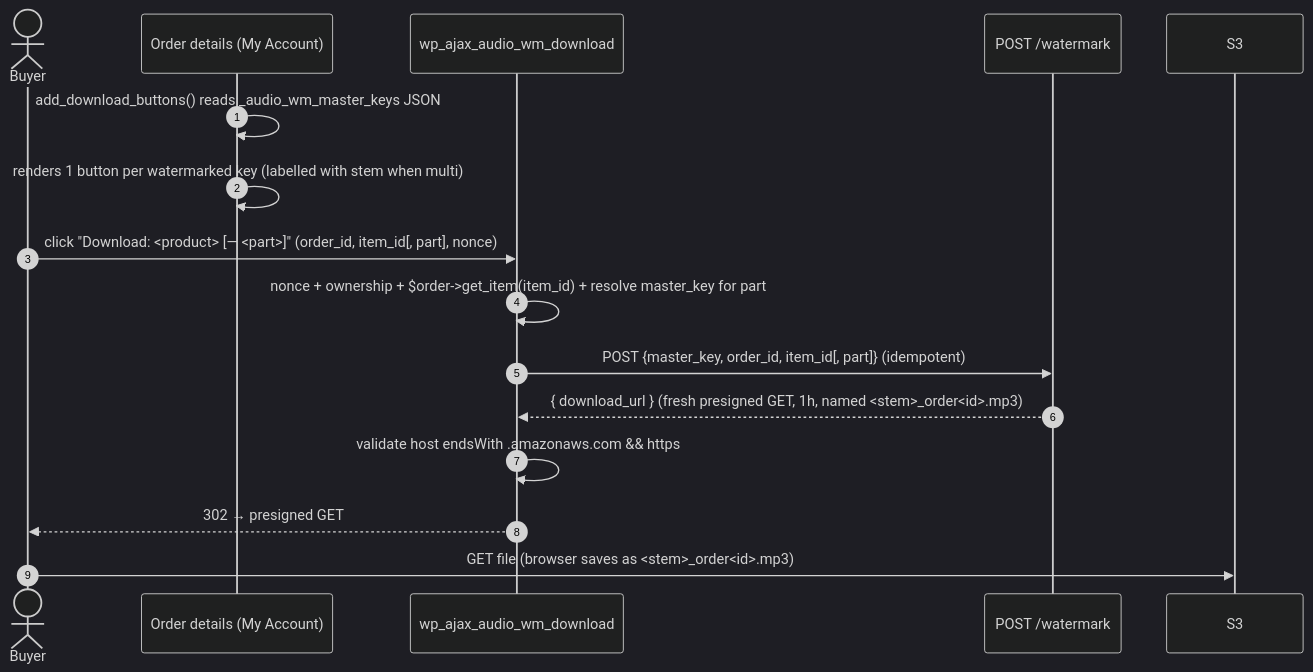
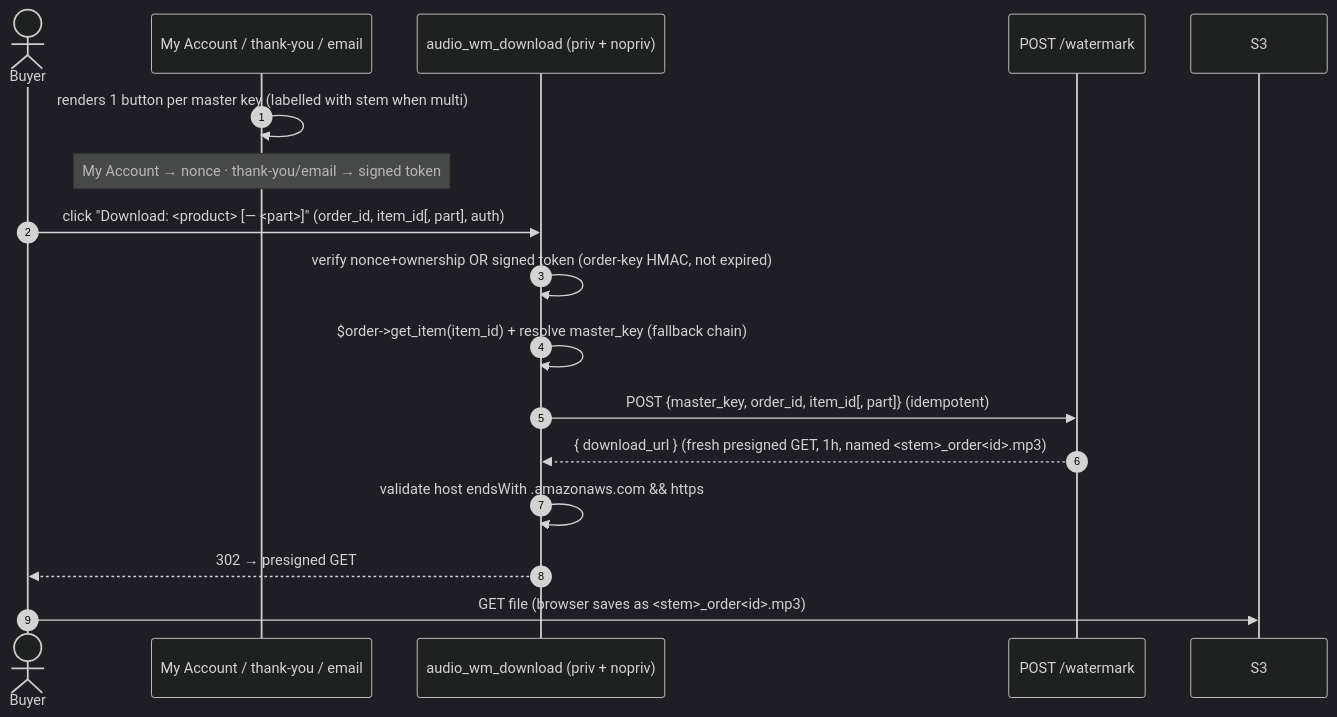
The third of 5 diagrams in docs/USE-CASES.md (l-k-sfr-jt/audio-watermark), drawn with Mermaid (dark theme) before and after one commit. The commit also changed other lines of this file and 12 other files, not shown here.

````diff
--- a/docs/USE-CASES.md
+++ b/docs/USE-CASES.md
@@ -143,19 +169,20 @@
 ```mermaid
 sequenceDiagram
     autonumber
     actor Buyer
-    participant Page as Order details (My Account)
-    participant DH as wp_ajax_audio_wm_download
+    participant Page as My Account / thank-you / email
+    participant DH as audio_wm_download (priv + nopriv)
     participant API as POST /watermark
     participant S3
 
-    Page->>Page: add_download_buttons() reads _audio_wm_master_keys JSON
-    Page->>Page: renders 1 button per watermarked key (labelled with stem when multi)
-    Buyer->>DH: click "Download: <product> [— <part>]" (order_id, item_id[, part], nonce)
-    DH->>DH: nonce + ownership + $order->get_item(item_id) + resolve master_key for part
+    Page->>Page: renders 1 button per master key (labelled with stem when multi)
+    Note over Page: My Account → nonce · thank-you/email → signed token
+    Buyer->>DH: click "Download: <product> [— <part>]" (order_id, item_id[, part], auth)
+    DH->>DH: verify nonce+ownership OR signed token (order-key HMAC, not expired)
+    DH->>DH: $order->get_item(item_id) + resolve master_key (fallback chain)
     DH->>API: POST {master_key, order_id, item_id[, part]} (idempotent)
     API-->>DH: { download_url } (fresh presigned GET, 1h, named <stem>_order<id>.mp3)
     DH->>DH: validate host endsWith .amazonaws.com && https
     DH-->>Buyer: 302 → presigned GET
     Buyer->>S3: GET file (browser saves as <stem>_order<id>.mp3)
 ```
````
